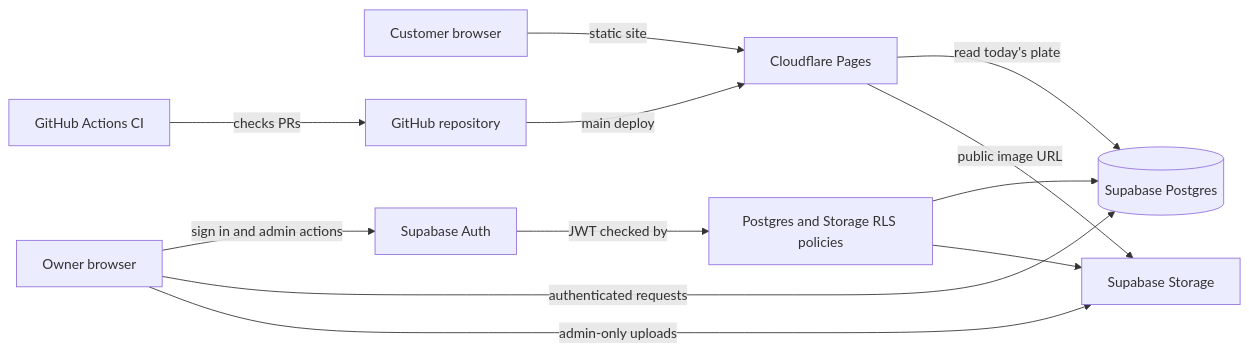
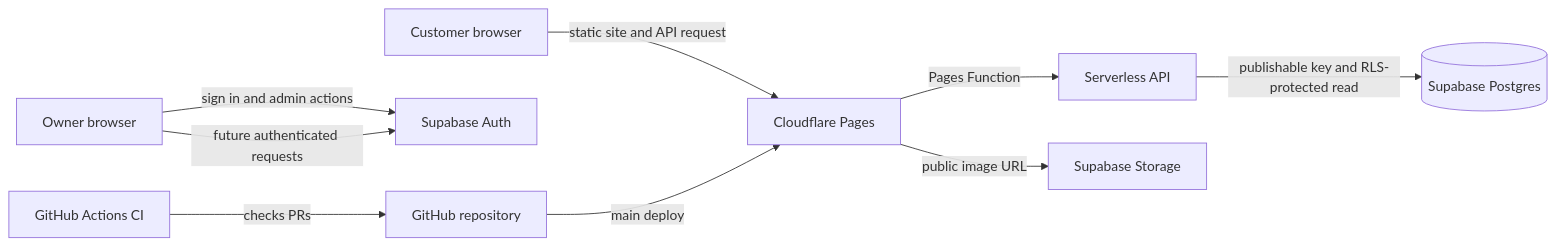
One commit to creeky240/Cottage44-menu changed the diagram in docs/architecture.md. Above: the diagram before and after it, drawn with Mermaid. The commit also changed other lines of this file and 14 other files, not shown here.

Commit message:
Add serverless API foundation

````diff
--- a/docs/architecture.md
+++ b/docs/architecture.md
@@ -23,14 +21,11 @@
 ```mermaid
 flowchart LR
-  customer[Customer browser] -->|static site| pages[Cloudflare Pages]
-  pages -->|read today's plate| db[(Supabase Postgres)]
+  customer[Customer browser] -->|static site and API request| pages[Cloudflare Pages]
+  pages -->|Pages Function| api[Serverless API]
+  api -->|publishable key and RLS-protected read| db[(Supabase Postgres)]
   pages -->|public image URL| storage[Supabase Storage]
   owner[Owner browser] -->|sign in and admin actions| auth[Supabase Auth]
-  owner -->|authenticated requests| db
-  owner -->|admin-only uploads| storage
-  auth -->|JWT checked by| rls[Postgres and Storage RLS policies]
-  rls --> db
-  rls --> storage
+  owner -->|future authenticated requests| auth
   github[GitHub Actions CI] -->|checks PRs| repo[GitHub repository]
   repo -->|main deploy| pages
 ```
````
